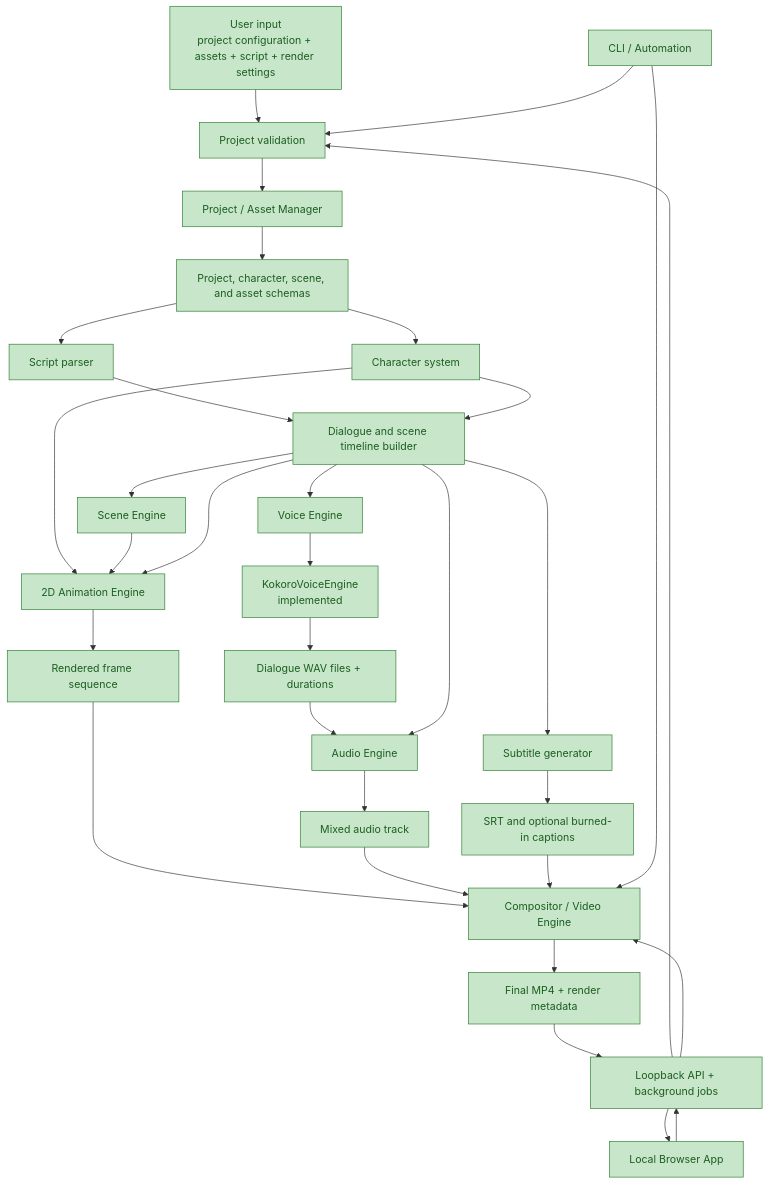
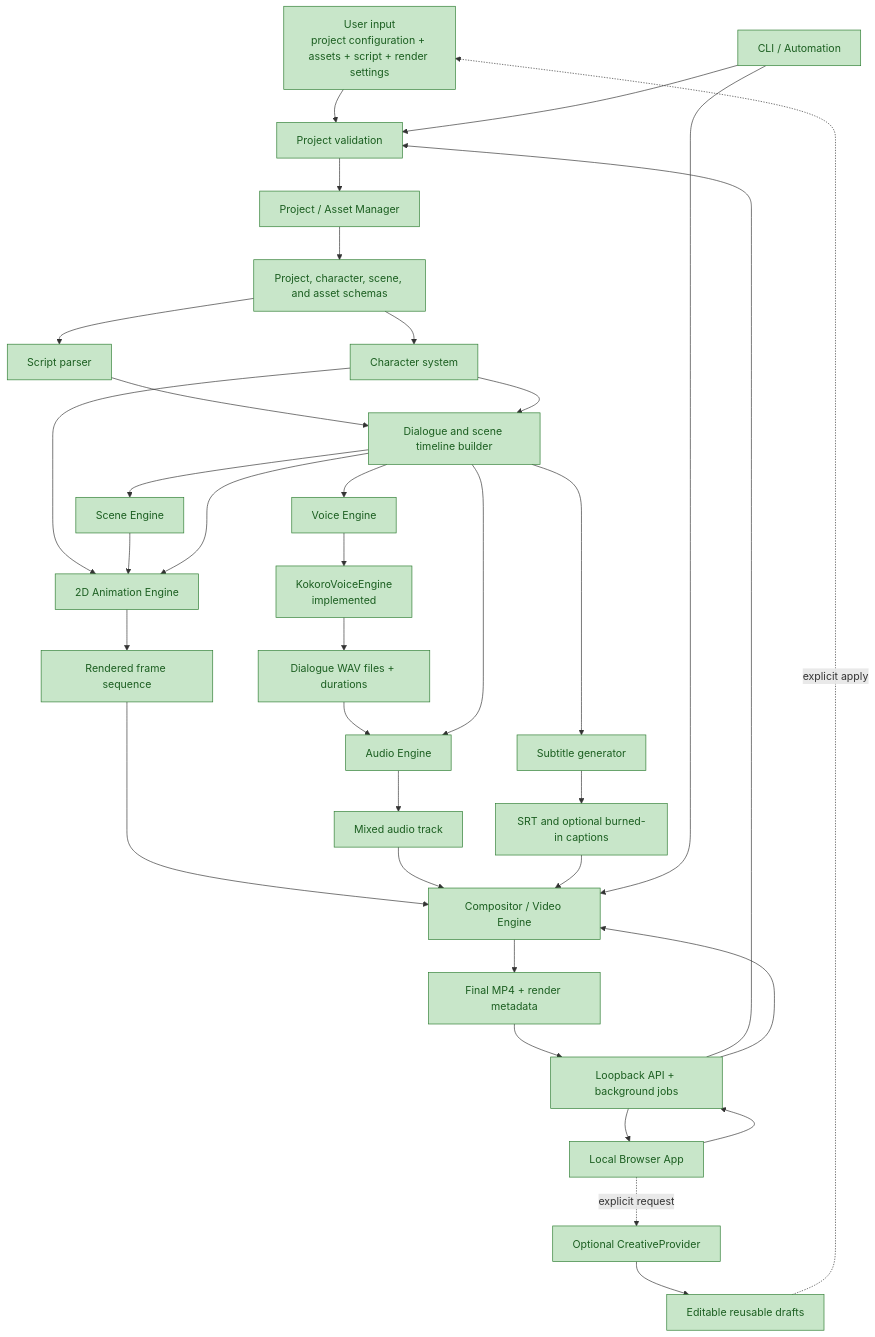
One commit to Mohammed-Aftab-Siddique/al-studio changed the first of 11 diagrams in LLD.md. Above: the diagram before and after it, drawn with Mermaid. The commit also changed other lines of this file and 8 other files, not shown here.

Commit message:
feat: add optional creative lab

````diff
--- a/LLD.md
+++ b/LLD.md
@@ -19,61 +20,66 @@
 ```mermaid
 flowchart TD
     input[User input<br/>project configuration + assets + script + render settings]
     validate[Project validation]
     manager[Project / Asset Manager]
     schema[Project, character, scene, and asset schemas]
     script[Script parser]
     timeline[Dialogue and scene timeline builder]
     character[Character system]
     voice[Voice Engine]
     kokoro[KokoroVoiceEngine<br/>implemented]
     audioLines[Dialogue WAV files + durations]
     scene[Scene Engine]
     animation[2D Animation Engine]
     frames[Rendered frame sequence]
     audio[Audio Engine]
     mix[Mixed audio track]
     captions[Subtitle generator]
     subtitles[SRT and optional burned-in captions]
     compositor[Compositor / Video Engine]
     mp4[Final MP4 + render metadata]
     cli[CLI / Automation]
     web[Local Browser App]
     api[Loopback API + background jobs]
+    creative[Optional CreativeProvider]
+    drafts[Editable reusable drafts]
 
     input --> validate
     validate --> manager
     manager --> schema
     schema --> script
     script --> timeline
     schema --> character
     character --> timeline
     timeline --> voice
     voice --> kokoro
     kokoro --> audioLines
     timeline --> scene
     character --> animation
     scene --> animation
     timeline --> animation
     animation --> frames
     audioLines --> audio
     timeline --> audio
     audio --> mix
     timeline --> captions
     captions --> subtitles
     frames --> compositor
     mix --> compositor
     subtitles --> compositor
     compositor --> mp4
     cli --> validate
     cli --> compositor
     web --> api
     api --> validate
     api --> compositor
     mp4 --> api
     api --> web
+    web -. explicit request .-> creative
+    creative --> drafts
+    drafts -. explicit apply .-> input
 
     classDef implemented fill:#c8e6c9,stroke:#2e7d32,color:#1b5e20;
     classDef planned fill:#e3f2fd,stroke:#1565c0,color:#0d47a1;
-    class kokoro,validate,manager,schema,script,timeline,character,voice,audioLines,input,scene,animation,frames,audio,mix,captions,subtitles,compositor,mp4,cli,web,api implemented;
+    class kokoro,validate,manager,schema,script,timeline,character,voice,audioLines,input,scene,animation,frames,audio,mix,captions,subtitles,compositor,mp4,cli,web,api,creative,drafts implemented;
 ```
````
